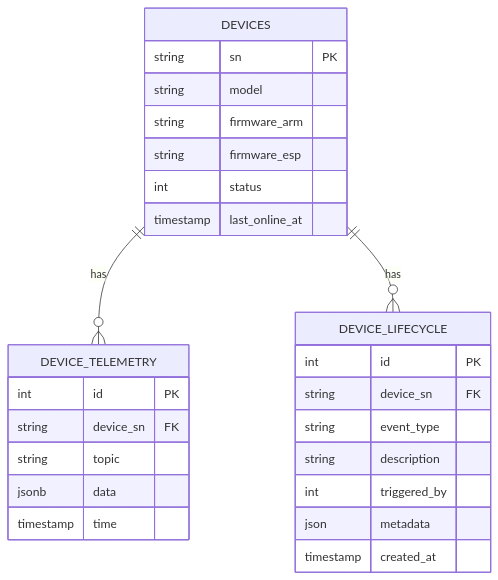
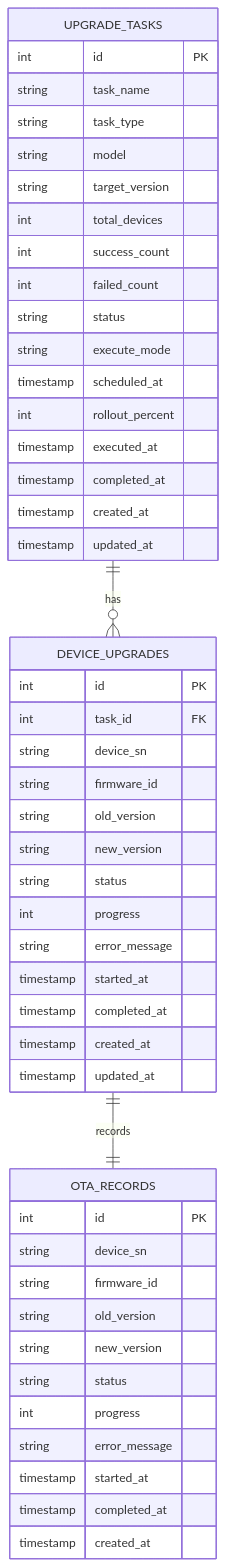
The sixth of 8 diagrams in .qoder/repowiki/zh/content/OTA升级系统/OTA任务调度/OTA进度跟踪.md (mcmrzy/cs_inv_monitor-develop), drawn with Mermaid before and after one commit. The commit also changed other lines of this file and 128 other files, not shown here.

````diff
--- a/.qoder/repowiki/zh/content/OTA升级系统/OTA任务调度/OTA进度跟踪.md
+++ b/.qoder/repowiki/zh/content/OTA升级系统/OTA任务调度/OTA进度跟踪.md
@@ -220,29 +258,51 @@
 ```mermaid
 erDiagram
-DEVICES {
-string sn PK
+UPGRADE_TASKS {
+int id PK
+string task_name
+string task_type
 string model
-string firmware_arm
-string firmware_esp
-int status
-timestamp last_online_at
+string target_version
+int total_devices
+int success_count
+int failed_count
+string status
+string execute_mode
+timestamp scheduled_at
+int rollout_percent
+timestamp executed_at
+timestamp completed_at
+timestamp created_at
+timestamp updated_at
 }
-DEVICE_TELEMETRY {
+DEVICE_UPGRADES {
 int id PK
-string device_sn FK
-string topic
-jsonb data
-timestamp time
+int task_id FK
+string device_sn
+string firmware_id
+string old_version
+string new_version
+string status
+int progress
+string error_message
+timestamp started_at
+timestamp completed_at
+timestamp created_at
+timestamp updated_at
 }
-DEVICE_LIFECYCLE {
+OTA_RECORDS {
 int id PK
-string device_sn FK
-string event_type
-string description
-int triggered_by
-json metadata
+string device_sn
+string firmware_id
+string old_version
+string new_version
+string status
+int progress
+string error_message
+timestamp started_at
+timestamp completed_at
 timestamp created_at
 }
-DEVICES ||--o{ DEVICE_TELEMETRY : "has"
-DEVICES ||--o{ DEVICE_LIFECYCLE : "has"
+UPGRADE_TASKS ||--o{ DEVICE_UPGRADES : "has"
+DEVICE_UPGRADES ||--|| OTA_RECORDS : "records"
 ```
````
